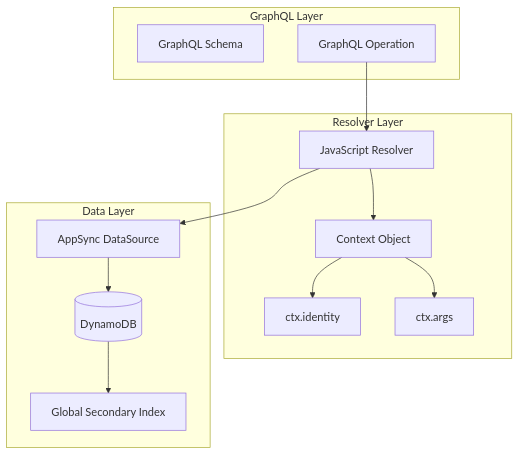
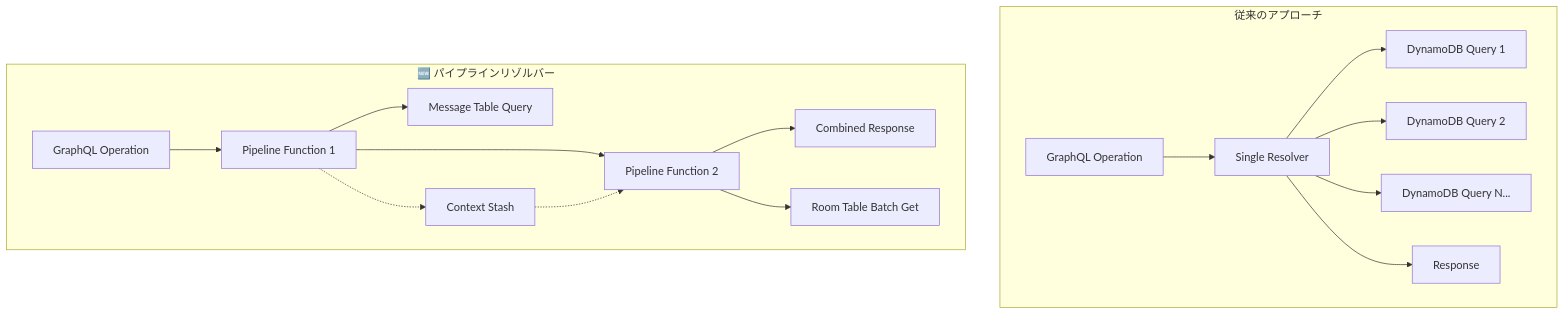
One commit to keitti73/chat_app_by_ai changed the first of 2 diagrams in resolvers/README.md. Above: the diagram before and after it, drawn with Mermaid. The commit also changed other lines of this file and 19 other files, not shown here.

First line of the commit message:
feat: Enhance chat app with quality improvements and pipeline resolvers

````diff
--- a/resolvers/README.md
+++ b/resolvers/README.md
@@ -24,28 +42,22 @@
 ```mermaid
 flowchart TD
-    subgraph "GraphQL Layer"
-        Schema[GraphQL Schema]
-        Operation[GraphQL Operation]
+    subgraph "従来のアプローチ"
+        O1[GraphQL Operation] --> R1[Single Resolver]
+        R1 --> D1[DynamoDB Query 1]
+        R1 --> D2[DynamoDB Query 2]
+        R1 --> D3[DynamoDB Query N...]
+        R1 --> Result1[Response]
     end
     
-    subgraph "Resolver Layer"
-        JSResolver[JavaScript Resolver]
-        Context[Context Object]
-        Identity[ctx.identity]
-        Args[ctx.args]
+    subgraph "🆕 パイプラインリゾルバー"
+        O2[GraphQL Operation] --> P1[Pipeline Function 1]
+        P1 --> P2[Pipeline Function 2]
+        P2 --> Result2[Combined Response]
+        
+        P1 --> DB1[Message Table Query]
+        P2 --> DB2[Room Table Batch Get]
+        
+        P1 -.-> Stash[Context Stash]
+        Stash -.-> P2
     end
-    
-    subgraph "Data Layer" 
-        DataSource[AppSync DataSource]
-        DynamoDB[(DynamoDB)]
-        GSI[Global Secondary Index]
-    end
-    
-    Operation --> JSResolver
-    JSResolver --> Context
-    Context --> Identity
-    Context --> Args
-    JSResolver --> DataSource
-    DataSource --> DynamoDB
-    DynamoDB --> GSI
 ```
````
